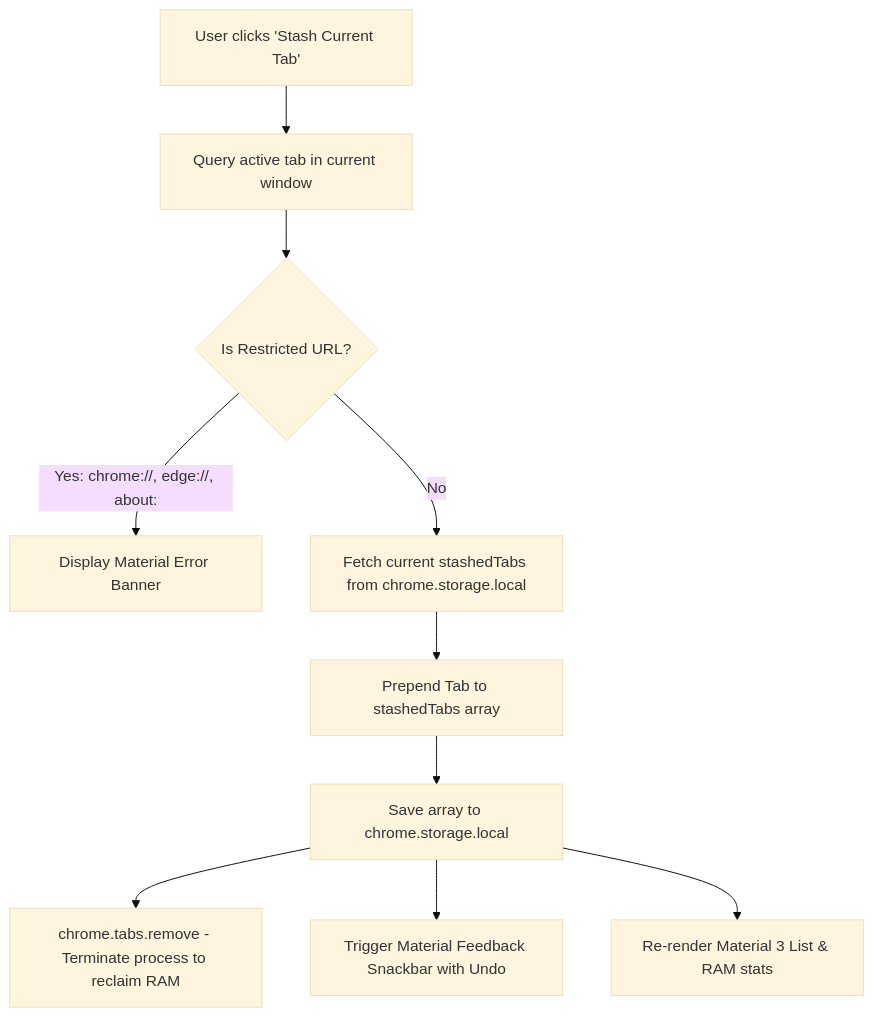
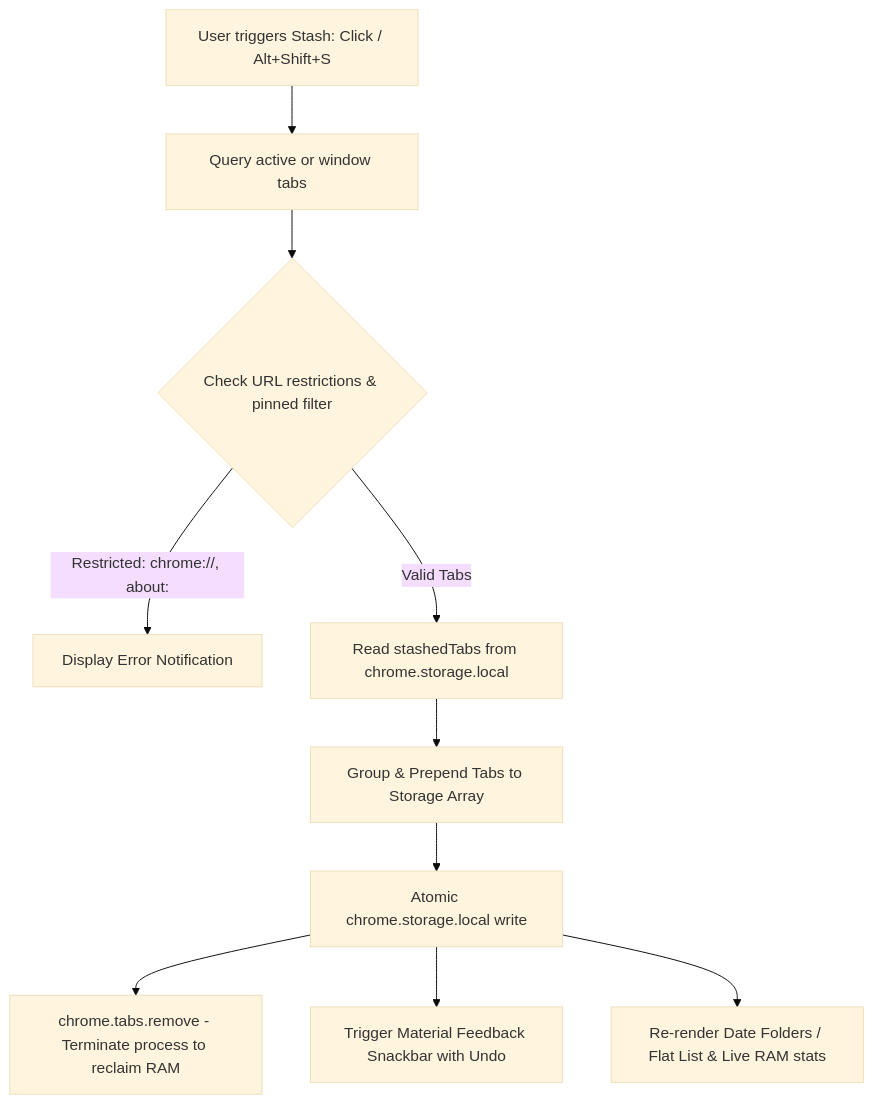
Before and after one commit to kisalnelaka/live-tab-stasher: the diagram in README.md, drawn with Mermaid (base theme). The commit also changed other lines of this file and 5 other files, not shown here.

Commit message:
feat: upgrade to v1.2.0 with date folders, side panel, and settings

````diff
--- a/README.md
+++ b/README.md
@@ -16,12 +18,12 @@
 ```mermaid
 graph TD
-    A[User clicks 'Stash Current Tab'] --> B[Query active tab in current window]
-    B --> C{Is Restricted URL?}
-    C -->|Yes: chrome://, edge://, about:| D[Display Material Error Banner]
-    C -->|No| E[Fetch current stashedTabs from chrome.storage.local]
-    E --> F[Prepend Tab to stashedTabs array]
-    F --> G[Save array to chrome.storage.local]
+    A[User triggers Stash: Click / Alt+Shift+S] --> B[Query active or window tabs]
+    B --> C{Check URL restrictions & pinned filter}
+    C -->|Restricted: chrome://, about:| D[Display Error Notification]
+    C -->|Valid Tabs| E[Read stashedTabs from chrome.storage.local]
+    E --> F[Group & Prepend Tabs to Storage Array]
+    F --> G[Atomic chrome.storage.local write]
     G --> H[chrome.tabs.remove - Terminate process to reclaim RAM]
     G --> I[Trigger Material Feedback Snackbar with Undo]
-    G --> J[Re-render Material 3 List & RAM stats]
+    G --> J[Re-render Date Folders / Flat List & Live RAM stats]
 ```
````
